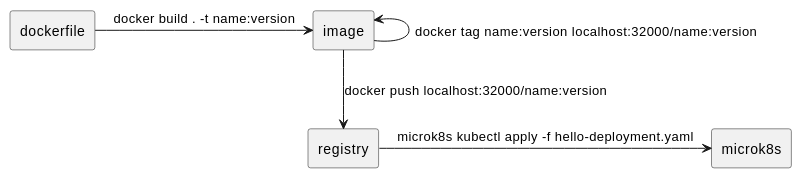
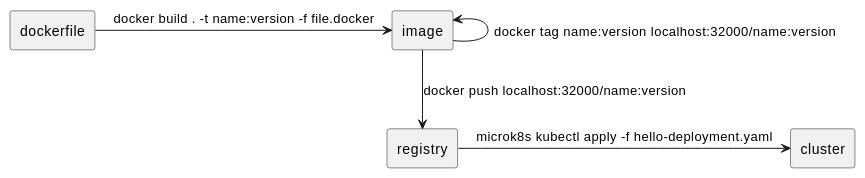
Before and after one commit to patrickhallinan/hello-proxygen: the diagram in doc/k8s.adoc, drawn with PlantUML. The commit also changed other lines of this file, not shown here.

```diff
--- a/doc/k8s.adoc
+++ b/doc/k8s.adoc
@@ -5,16 +7,16 @@
 [plantuml, "microk8s.puml", svg]
 ----
 
-'archimate #Technology "VPN Server"
+'archimate #Technology "k8s"
 
 rectangle dockerfile
 rectangle image
 rectangle registry
-rectangle "microk8s" as microk8s
+rectangle "cluster" as cluster
 
-dockerfile -right-> image : docker build . -t name:version
+dockerfile -right-> image : docker build . -t name:version -f file.docker
 image -left-> image : docker tag  name:version localhost:32000/name:version
 image -d-> registry : docker push localhost:32000/name:version
-registry -r-> microk8s : microk8s kubectl apply -f hello-deployment.yaml
+registry -r-> cluster : microk8s kubectl apply -f hello-deployment.yaml
 
 ----
```
